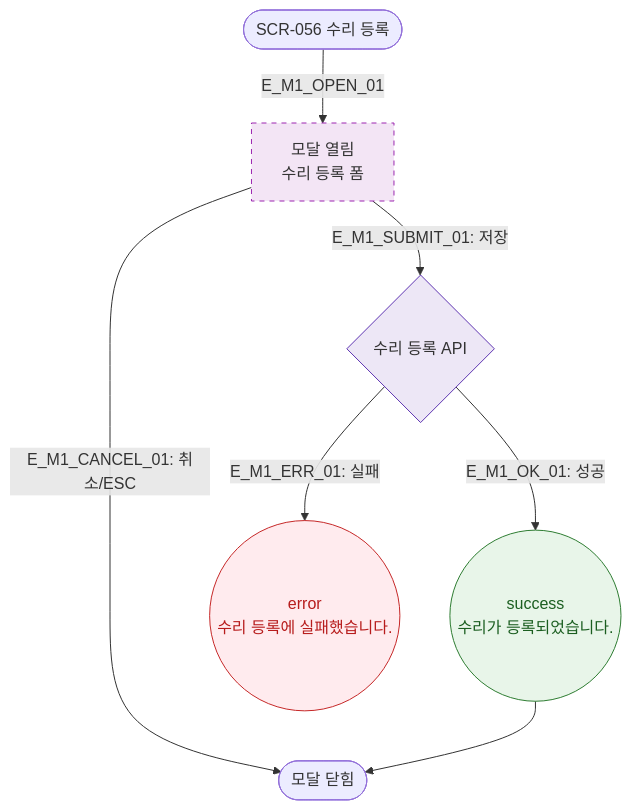
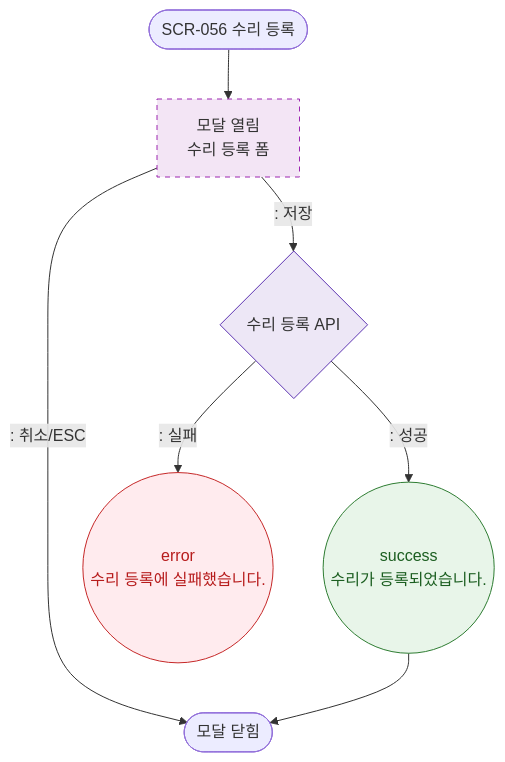
The diagram in docs/다이어그램/D06_시설관리/DLG/DLG-056-003_수리등록/M1_생명주기.md (dev-spogym/admin-pando), drawn with Mermaid before and after one commit. The commit also changed other lines of this file and 1660 other files, not shown here.

First line of the commit message:
다이어그램: 기획자/클라이언트 납품본으로 정리

````diff
--- a/docs/다이어그램/D06_시설관리/DLG/DLG-056-003_수리등록/M1_생명주기.md
+++ b/docs/다이어그램/D06_시설관리/DLG/DLG-056-003_수리등록/M1_생명주기.md
@@ -16,18 +14,18 @@
 ```mermaid
 flowchart TD
-    TRIGGER([SCR-056 수리 등록]) -->|E_M1_OPEN_01| OPEN[모달 열림\n수리 등록 폼]
-    OPEN -->|"E_M1_SUBMIT_01: 저장"| SaveAPI{수리 등록 API}
-    SaveAPI -->|"E_M1_OK_01: 성공"| SUCCESS((success\n수리가 등록되었습니다.))
-    SaveAPI -->|"E_M1_ERR_01: 실패"| FAIL((error\n수리 등록에 실패했습니다.))
-    OPEN -->|"E_M1_CANCEL_01: 취소/ESC"| CLOSED([모달 닫힘])
+    TRIGGER([SCR-056 수리 등록]) --> OPEN[모달 열림\n수리 등록 폼]
+    OPEN -->|": 저장"|SaveAPI{수리 등록 API}
+    SaveAPI -->|": 성공"|SUCCESS((success\n수리가 등록되었습니다.))
+    SaveAPI -->|": 실패"|FAIL((error\n수리 등록에 실패했습니다.))
+    OPEN -->|": 취소/ESC"|CLOSED([모달 닫힘])
     SUCCESS --> CLOSED
 
     classDef newFeature fill:#F3E5F5,stroke:#9C27B0,stroke-dasharray:5 5
     classDef success fill:#E8F5E9,stroke:#2E7D32,color:#1B5E20
     classDef error fill:#FFEBEE,stroke:#C62828,color:#B71C1C
     classDef system fill:#EDE7F6,stroke:#5E35B2
     class OPEN newFeature
     class SUCCESS success
     class FAIL error
     class SaveAPI system
 ```
````
